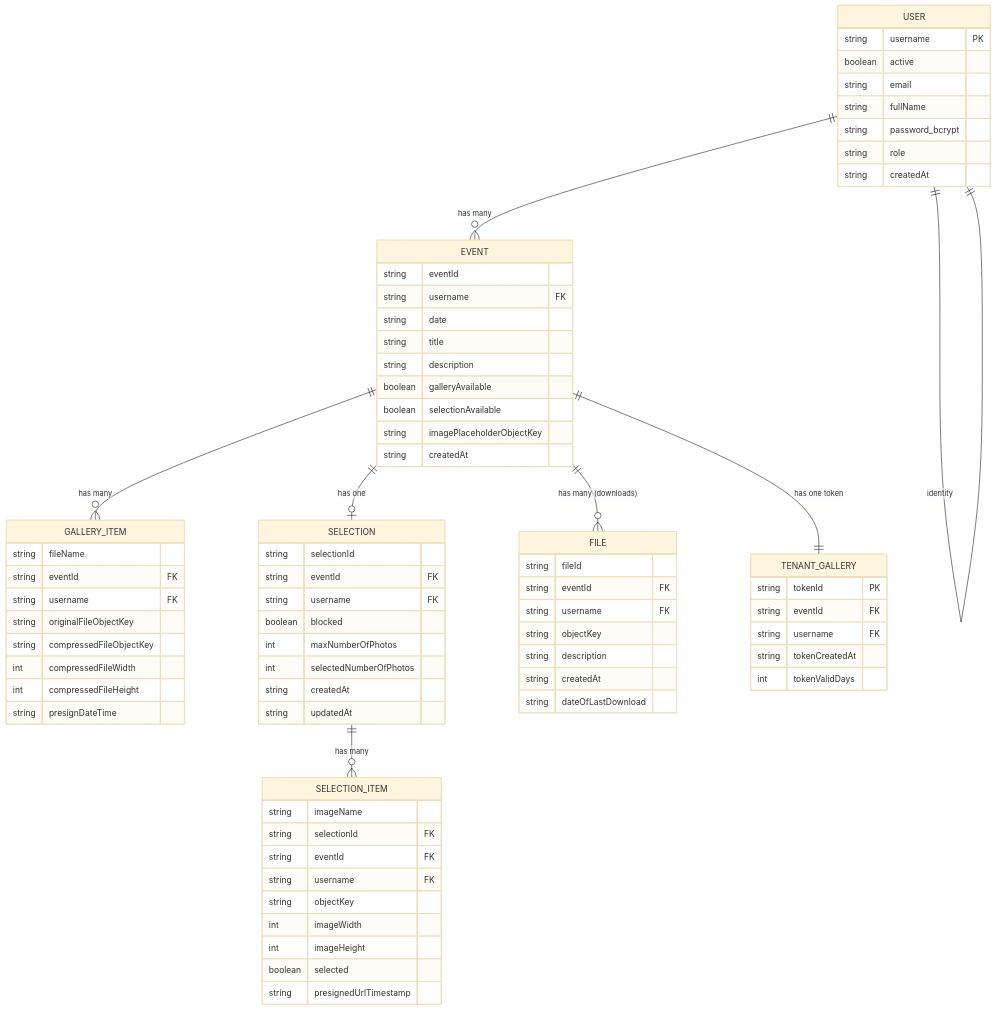
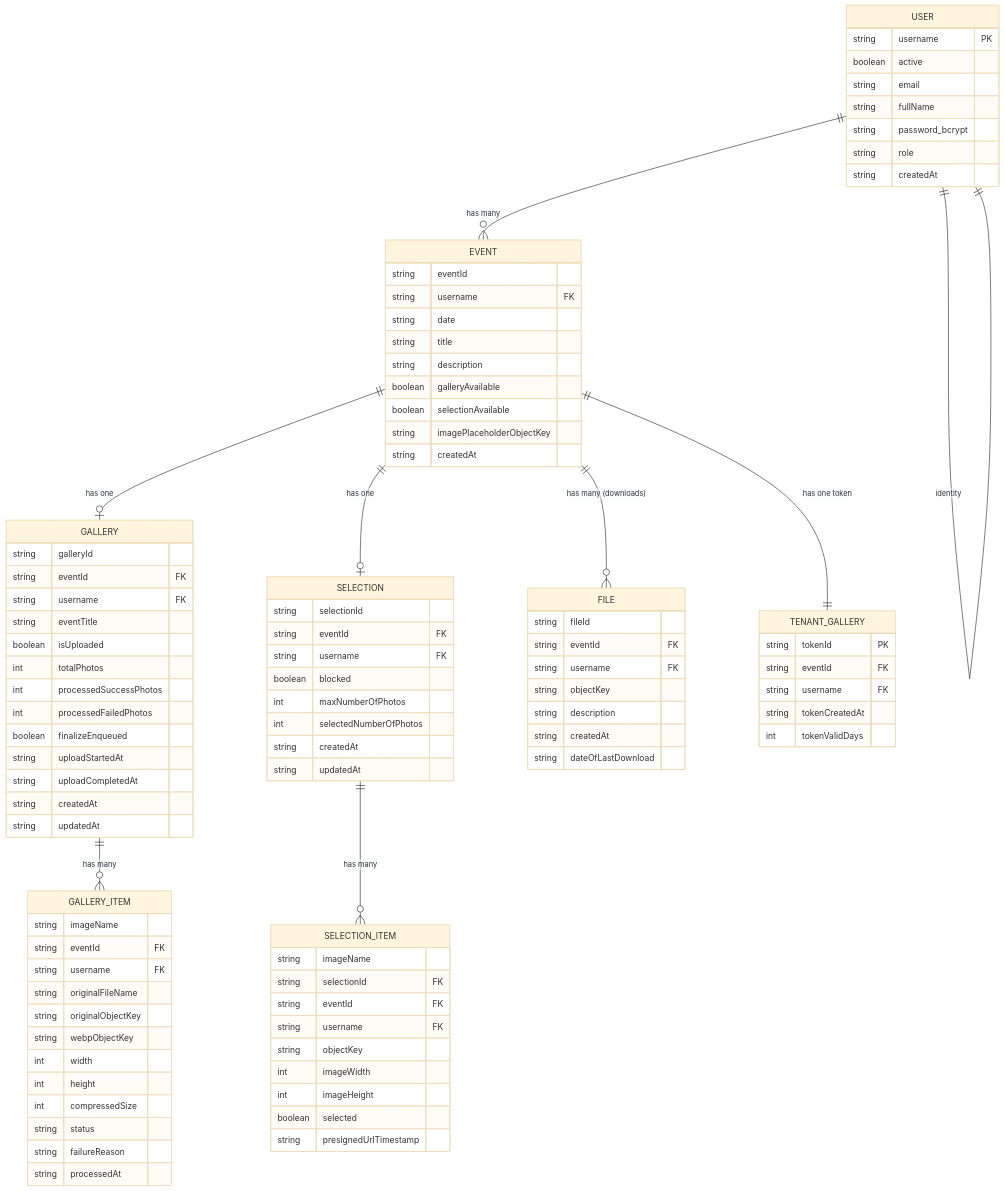
The first of 2 diagrams in dynamodb-desing/single-table-design.md (PiotrMigaj/niebieskie-aparaty-admin-v2), drawn with Mermaid (base theme) before and after one commit. The commit also changed other lines of this file and 36 other files, not shown here.

```diff
--- a/dynamodb-desing/single-table-design.md
+++ b/dynamodb-desing/single-table-design.md
@@ -18,7 +18,8 @@
 erDiagram
     USER ||--o{ EVENT : "has many"
     USER ||--|| USER : "identity"
-    EVENT ||--o{ GALLERY_ITEM : "has many"
+    EVENT ||--o| GALLERY : "has one"
+    GALLERY ||--o{ GALLERY_ITEM : "has many"
     EVENT ||--o| SELECTION : "has one"
     SELECTION ||--o{ SELECTION_ITEM : "has many"
     EVENT ||--o{ FILE : "has many (downloads)"
@@ -51,15 +52,34 @@
         string tokenCreatedAt
         int tokenValidDays
     }
-    GALLERY_ITEM {
-        string fileName
+    GALLERY {
+        string galleryId
         string eventId FK
         string username FK
-        string originalFileObjectKey
-        string compressedFileObjectKey
-        int compressedFileWidth
-        int compressedFileHeight
-        string presignDateTime
+        string eventTitle
+        boolean isUploaded
+        int totalPhotos
+        int processedSuccessPhotos
+        int processedFailedPhotos
+        boolean finalizeEnqueued
+        string uploadStartedAt
+        string uploadCompletedAt
+        string createdAt
+        string updatedAt
+    }
+    GALLERY_ITEM {
+        string imageName
+        string eventId FK
+        string username FK
+        string originalFileName
+        string originalObjectKey
+        string webpObjectKey
+        int width
+        int height
+        int compressedSize
+        string status
+        string failureReason
+        string processedAt
     }
     SELECTION {
         string selectionId
```
